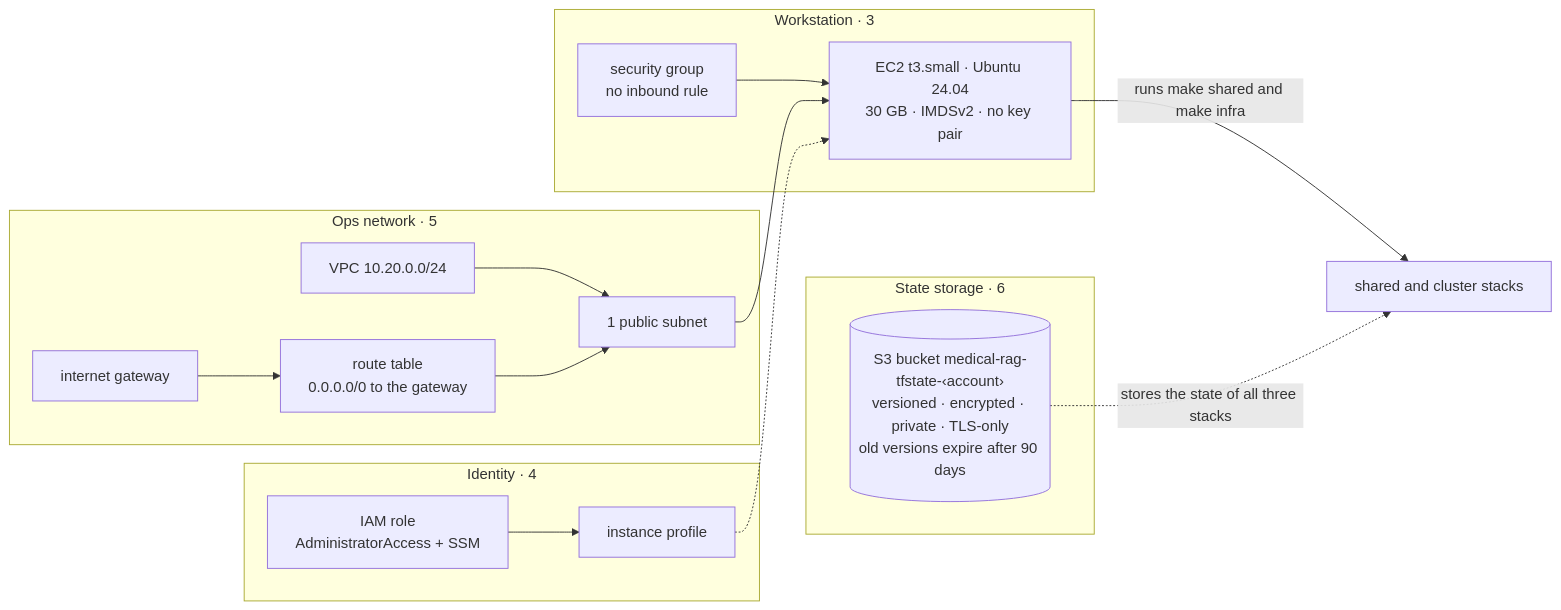
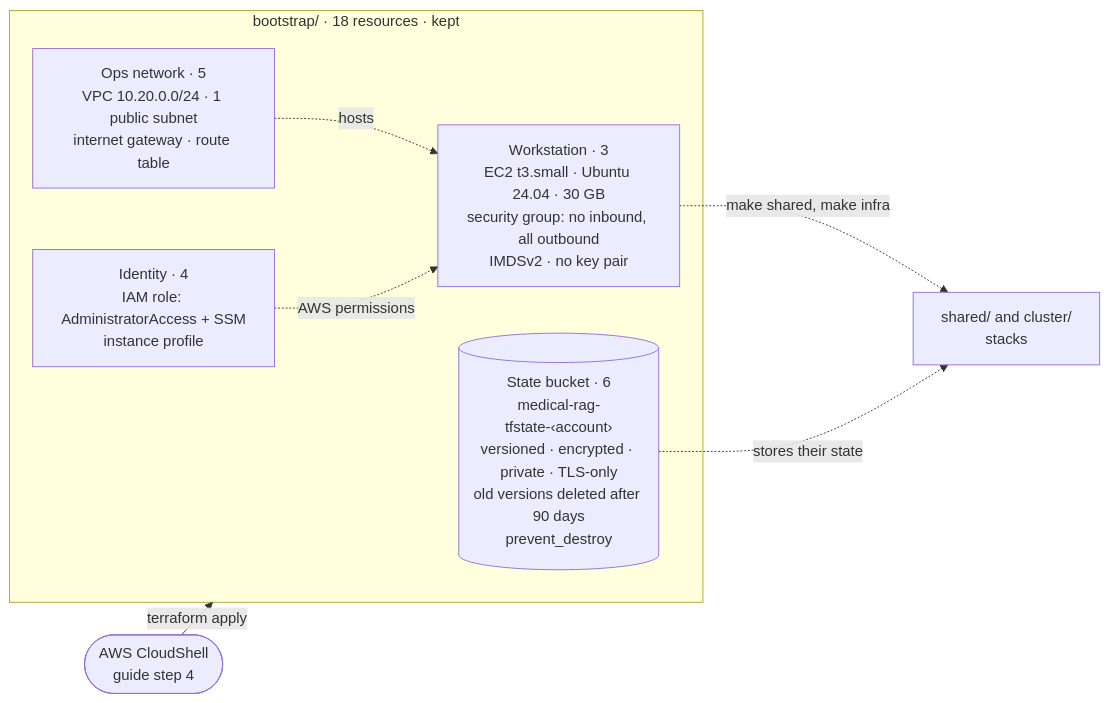
One commit to biabeogo147/Medical-RAG-Chatbot changed the third of 6 diagrams in docs/terraform/README.md. Above: the diagram before and after it, drawn with Mermaid. The commit also changed other lines of this file and 1 other file, not shown here.

First line of the commit message:
docs: simplify step 18 and draw each Terraform stack

````diff
--- a/docs/terraform/README.md
+++ b/docs/terraform/README.md
@@ -114,24 +131,16 @@
 ```mermaid
 flowchart LR
-    subgraph STATE["State storage · 6"]
-        SB[("S3 bucket medical-rag-tfstate-‹account›<br/>versioned · encrypted · private · TLS-only<br/>old versions expire after 90 days")]
+    CS(["AWS CloudShell<br/>guide step 4"])
+    subgraph BOOT["bootstrap/ · 18 resources · kept"]
+        STATE[("State bucket · 6<br/>medical-rag-tfstate-‹account›<br/>versioned · encrypted · private · TLS-only<br/>old versions deleted after 90 days<br/>prevent_destroy")]
+        NET["Ops network · 5<br/>VPC 10.20.0.0/24 · 1 public subnet<br/>internet gateway · route table"]
+        IAM["Identity · 4<br/>IAM role: AdministratorAccess + SSM<br/>instance profile"]
+        WS["Workstation · 3<br/>EC2 t3.small · Ubuntu 24.04 · 30 GB<br/>security group: no inbound, all outbound<br/>IMDSv2 · no key pair"]
     end
-
-    subgraph NET["Ops network · 5"]
-        VPC["VPC 10.20.0.0/24"] --> SUB["1 public subnet"]
-        IGW["internet gateway"] --> RT["route table<br/>0.0.0.0/0 to the gateway"] --> SUB
-    end
-
-    subgraph IAM["Identity · 4"]
-        ROLE["IAM role<br/>AdministratorAccess + SSM"] --> PROF["instance profile"]
-    end
-
-    subgraph MACHINE["Workstation · 3"]
-        SG["security group<br/>no inbound rule"] --> WS["EC2 t3.small · Ubuntu 24.04<br/>30 GB · IMDSv2 · no key pair"]
-    end
-
-    SUB --> WS
-    PROF -.-> WS
-    WS -->|"runs make shared and make infra"| NEXT["shared and cluster stacks"]
-    SB -.->|"stores the state of all three stacks"| NEXT
+    NEXT["shared/ and cluster/<br/>stacks"]
+    CS -->|"terraform apply"| BOOT
+    NET -.->|"hosts"| WS
+    IAM -.->|"AWS permissions"| WS
+    WS -.->|"make shared, make infra"| NEXT
+    STATE -.->|"stores their state"| NEXT
 ```
````
